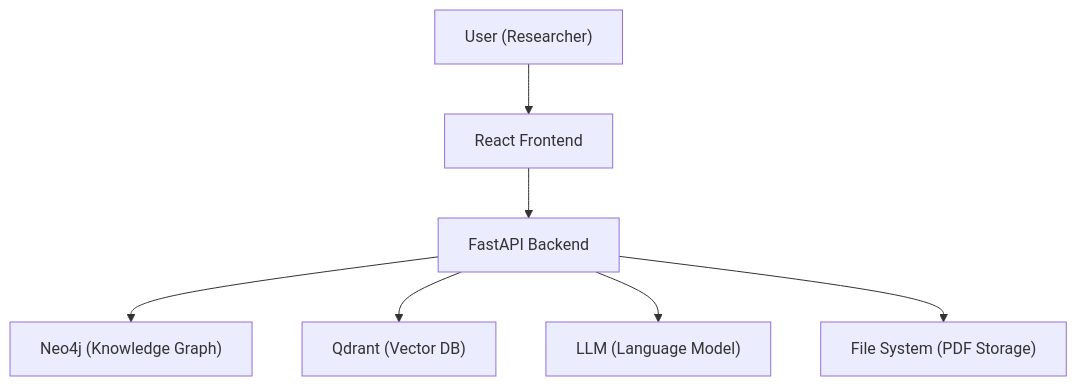
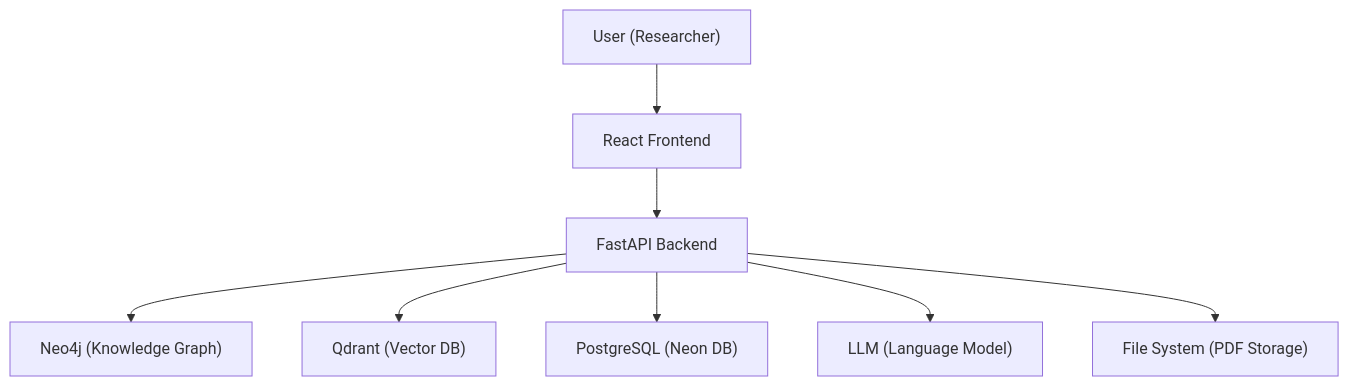
One commit to suraj-codes-24/Research-Node changed the first of 2 diagrams in docs/04_system_requirements_specification.md. Above: the diagram before and after it, drawn with Mermaid. The commit also changed other lines of this file and 52 other files, not shown here.

Commit message:
Final project completion: PostgreSQL integration, UI enhancements, and documentation update

````diff
--- a/docs/04_system_requirements_specification.md
+++ b/docs/04_system_requirements_specification.md
@@ -46,9 +46,10 @@
 ```mermaid
 graph TD
     U["User (Researcher)"] --> FE["React Frontend"]
     FE --> BE["FastAPI Backend"]
     BE --> NEO["Neo4j (Knowledge Graph)"]
     BE --> QD["Qdrant (Vector DB)"]
+    BE --> PG["PostgreSQL (Neon DB)"]
     BE --> LLM["LLM (Language Model)"]
     BE --> FS["File System (PDF Storage)"]
 ```
````
